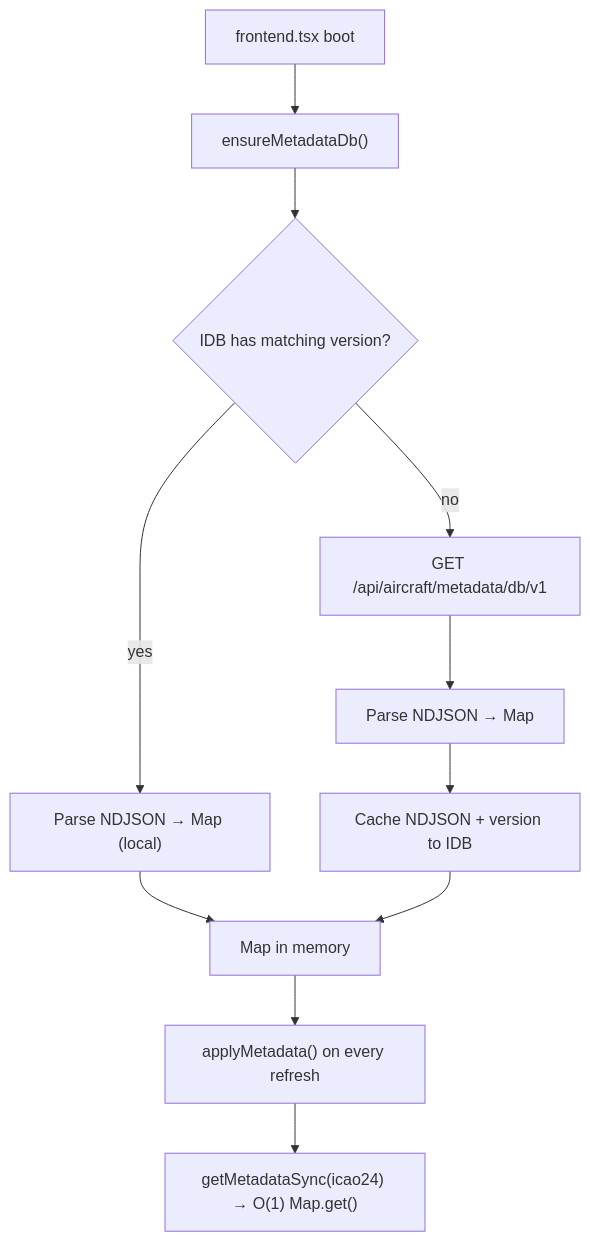
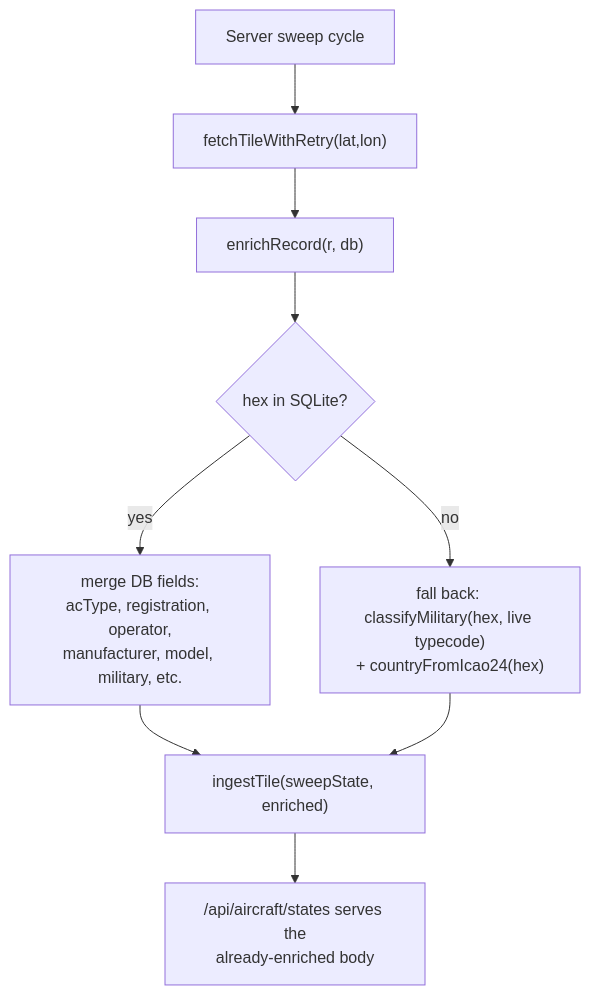
The fourth of 4 diagrams in docs/data-flow.md (iiTONELOC/sigint), drawn with Mermaid before and after one commit. The commit also changed other lines of this file and 22 other files, not shown here.

````diff
--- a/docs/data-flow.md
+++ b/docs/data-flow.md
@@ -402,13 +402,11 @@
 ```mermaid
 flowchart TD
-    Boot["frontend.tsx boot"] --> EnsureDB["ensureMetadataDb()"]
-    EnsureDB --> CheckIDB{"IDB has matching version?"}
-    CheckIDB -->|"yes"| ParseLocal["Parse NDJSON → Map (local)"]
-    CheckIDB -->|"no"| FetchDB["GET /api/aircraft/metadata/db/v1"]
-    FetchDB --> ParseFetch["Parse NDJSON → Map"]
-    ParseFetch --> PersistIDB["Cache NDJSON + version to IDB"]
-    ParseLocal --> Ready["Map<icao24, AircraftMetadata> in memory"]
-    PersistIDB --> Ready
-    Ready --> Apply["applyMetadata() on every refresh"]
-    Apply --> Sync["getMetadataSync(icao24) → O(1) Map.get()"]
+    Sweep["Server sweep cycle"] --> Fetch["fetchTileWithRetry(lat,lon)"]
+    Fetch --> Enrich["enrichRecord(r, db)"]
+    Enrich --> Hex{"hex in SQLite?"}
+    Hex -->|"yes"| Merge["merge DB fields:<br/>acType, registration, operator,<br/>manufacturer, model, military, etc."]
+    Hex -->|"no"| Fallback["fall back: classifyMilitary(hex, live typecode)<br/>+ countryFromIcao24(hex)"]
+    Merge --> Ingest["ingestTile(sweepState, enriched)"]
+    Fallback --> Ingest
+    Ingest --> Serve["/api/aircraft/states serves the<br/>already-enriched body"]
 ```
````
